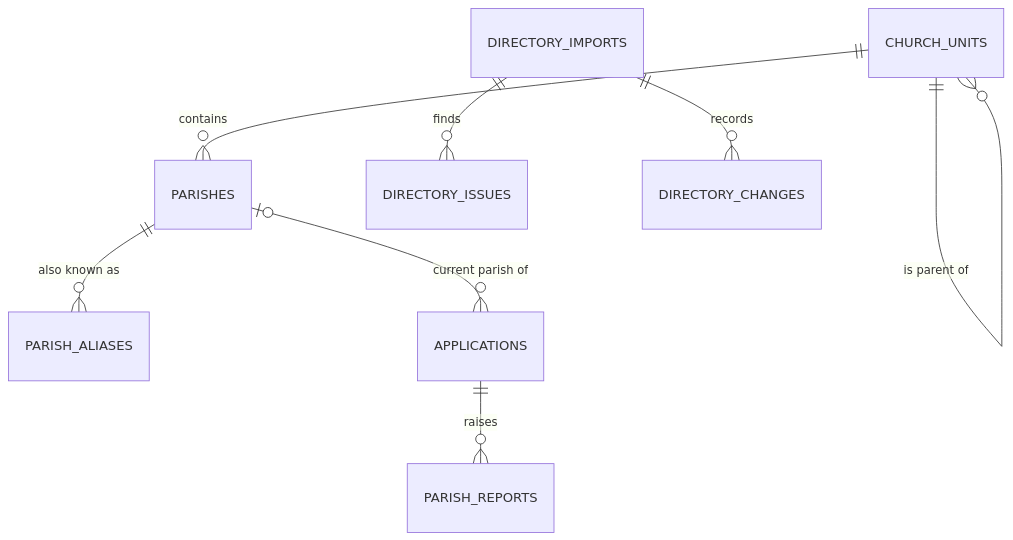
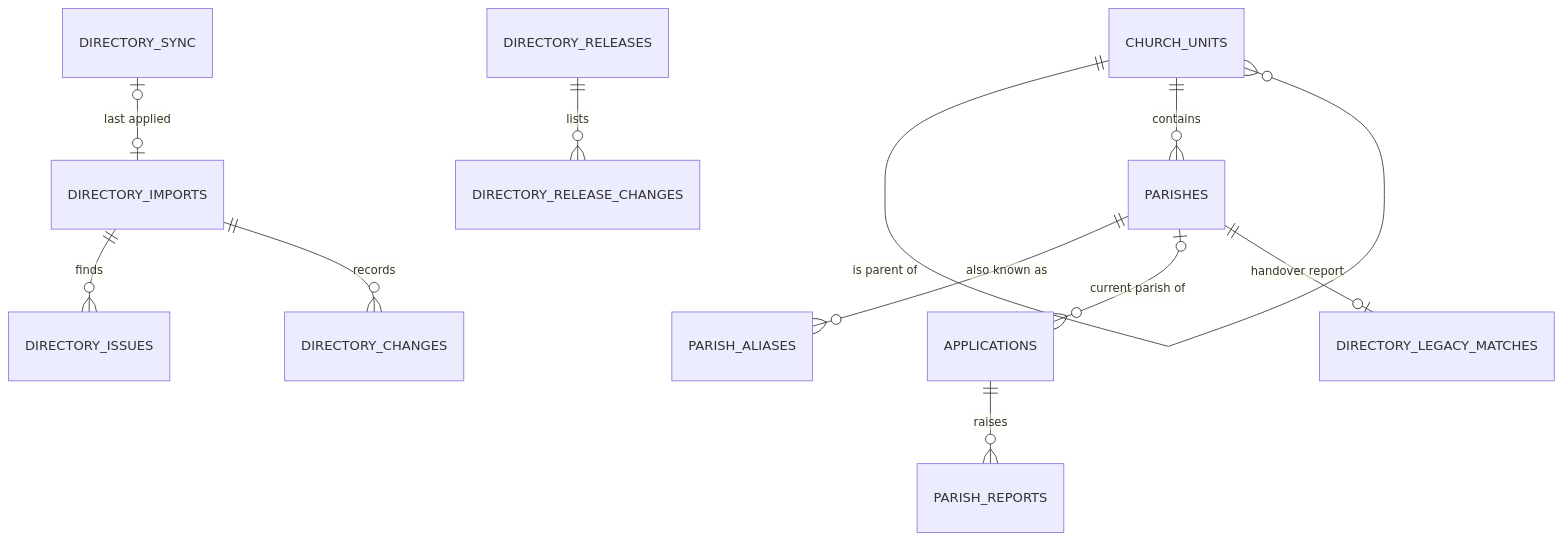
Before and after one commit to E310-Tech-Team/nyaya-sop: the third of 4 diagrams in docs/05-Backend-Schema.md, drawn with Mermaid. The commit also changed other lines of this file and 41 other files, not shown here.

````diff
--- a/docs/05-Backend-Schema.md
+++ b/docs/05-Backend-Schema.md
@@ -192,10 +193,13 @@
 ```mermaid
 erDiagram
     CHURCH_UNITS ||--o{ CHURCH_UNITS : "is parent of"
     CHURCH_UNITS ||--o{ PARISHES : contains
     PARISHES ||--o{ PARISH_ALIASES : "also known as"
     PARISHES |o--o{ APPLICATIONS : "current parish of"
     APPLICATIONS ||--o{ PARISH_REPORTS : raises
     DIRECTORY_IMPORTS ||--o{ DIRECTORY_ISSUES : finds
     DIRECTORY_IMPORTS ||--o{ DIRECTORY_CHANGES : records
+    DIRECTORY_RELEASES ||--o{ DIRECTORY_RELEASE_CHANGES : lists
+    DIRECTORY_SYNC |o--o| DIRECTORY_IMPORTS : "last applied"
+    PARISHES ||--o| DIRECTORY_LEGACY_MATCHES : "handover report"
 ```
````
